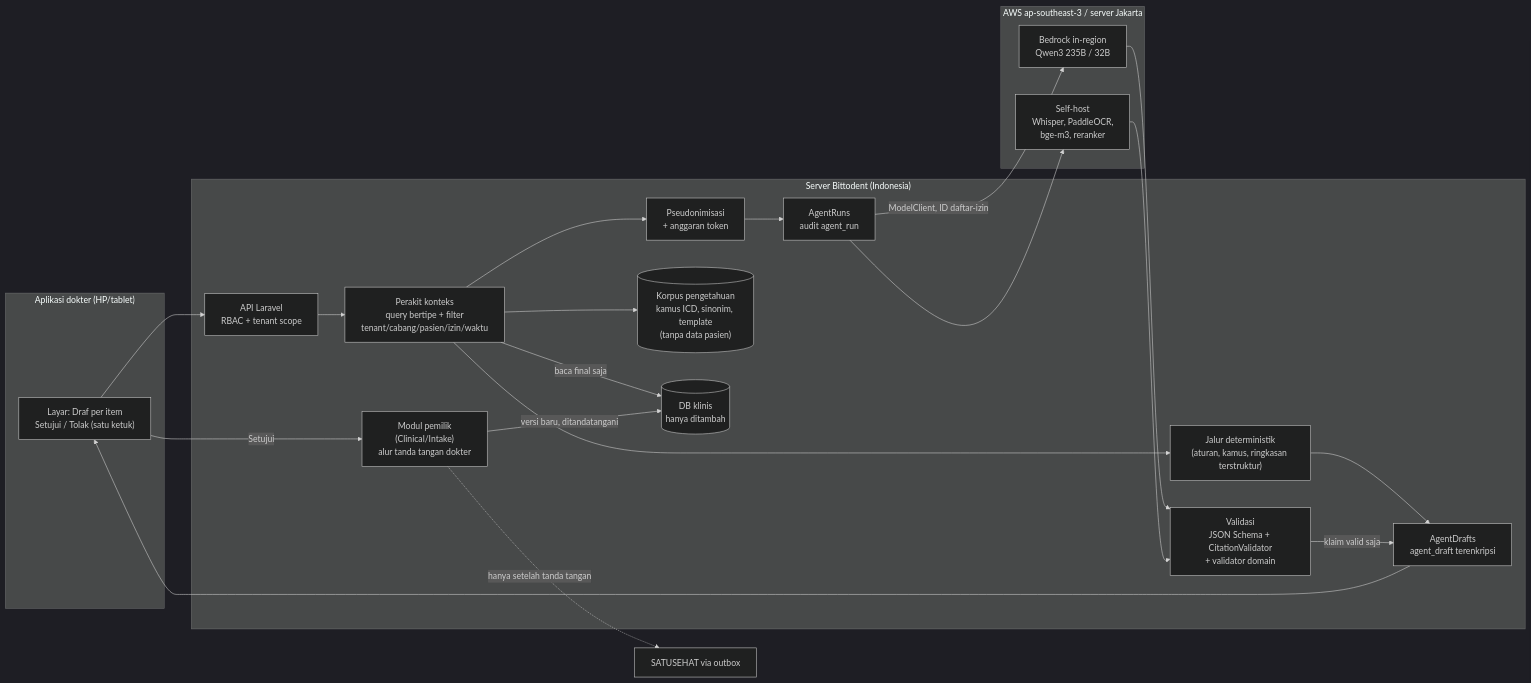
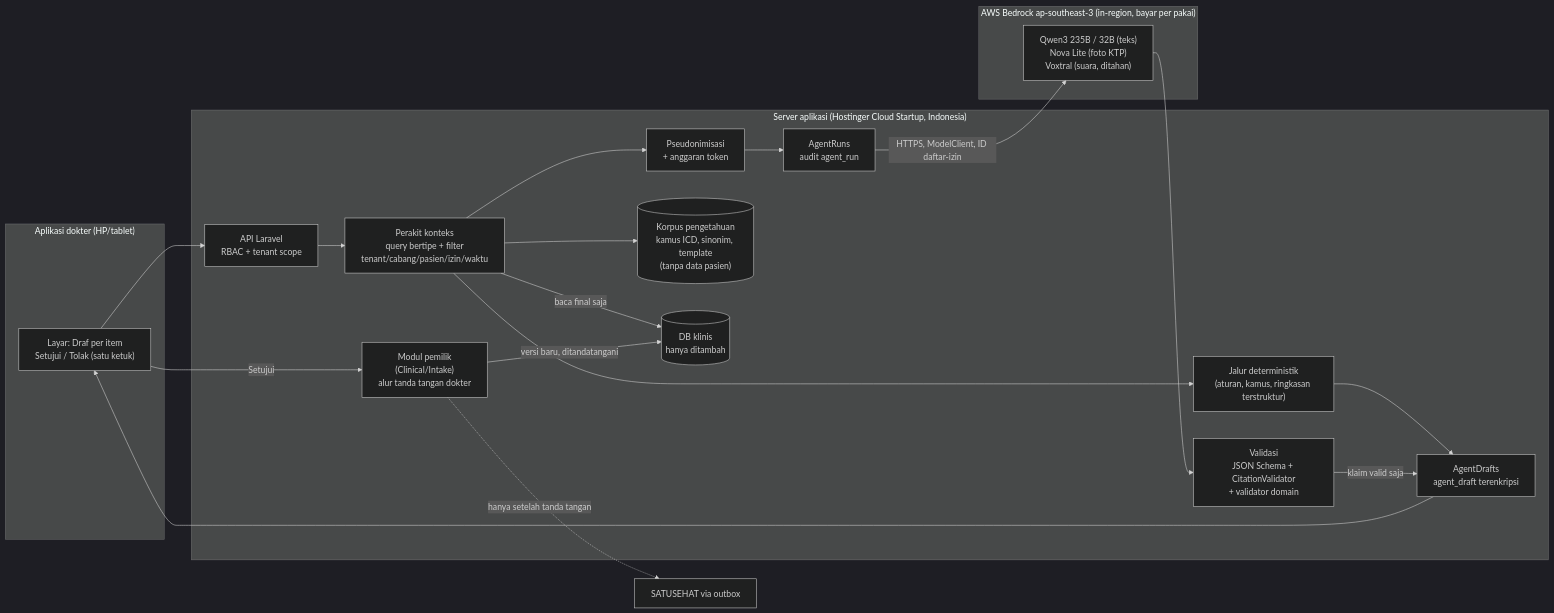
Before and after one commit to simbosimbo/Bittodent: the first of 2 diagrams in docs/ai/arsitektur-ai.md, drawn with Mermaid (dark theme). The commit also changed other lines of this file, not shown here.

Commit message:
docs(ai): revisi arsitektur AI sesuai jawaban Yohanes (tanpa GPU, semua Bedrock Jakarta in-region; KTP Nova Lite; golden set oleh tim AI)

````diff
--- a/docs/ai/arsitektur-ai.md
+++ b/docs/ai/arsitektur-ai.md
@@ -380,36 +401,33 @@
 ```mermaid
 flowchart LR
   subgraph Klien["Aplikasi dokter (HP/tablet)"]
     UI["Layar: Draf per item<br/>Setujui / Tolak (satu ketuk)"]
   end
-  subgraph Server["Server Bittodent (Indonesia)"]
+  subgraph Server["Server aplikasi (Hostinger Cloud Startup, Indonesia)"]
     API["API Laravel<br/>RBAC + tenant scope"]
     CA["Perakit konteks<br/>query bertipe + filter<br/>tenant/cabang/pasien/izin/waktu"]
     PS["Pseudonimisasi<br/>+ anggaran token"]
     DET["Jalur deterministik<br/>(aturan, kamus, ringkasan terstruktur)"]
     AR["AgentRuns<br/>audit agent_run"]
     VAL["Validasi<br/>JSON Schema + CitationValidator<br/>+ validator domain"]
     AD["AgentDrafts<br/>agent_draft terenkripsi"]
     OWN["Modul pemilik<br/>(Clinical/Intake)<br/>alur tanda tangan dokter"]
     KB[("Korpus pengetahuan<br/>kamus ICD, sinonim, template<br/>(tanpa data pasien)")]
     DB[("DB klinis<br/>hanya ditambah")]
   end
-  subgraph Jakarta["AWS ap-southeast-3 / server Jakarta"]
-    BR["Bedrock in-region<br/>Qwen3 235B / 32B"]
-    SH["Self-host<br/>Whisper, PaddleOCR,<br/>bge-m3, reranker"]
+  subgraph Jakarta["AWS Bedrock ap-southeast-3 (in-region, bayar per pakai)"]
+    BR["Qwen3 235B / 32B (teks)<br/>Nova Lite (foto KTP)<br/>Voxtral (suara, ditahan)"]
   end
   UI --> API --> CA
   CA -->|baca final saja| DB
   CA --> KB
   CA --> DET
   CA --> PS --> AR
-  AR -->|ModelClient, ID daftar-izin| BR
-  AR --> SH
+  AR -->|HTTPS, ModelClient, ID daftar-izin| BR
   BR --> VAL
-  SH --> VAL
   DET --> AD
   VAL -->|klaim valid saja| AD
   AD --> UI
   UI -->|Setujui| OWN -->|versi baru, ditandatangani| DB
   OWN -.->|hanya setelah tanda tangan| SATU["SATUSEHAT via outbox"]
 ```
````
